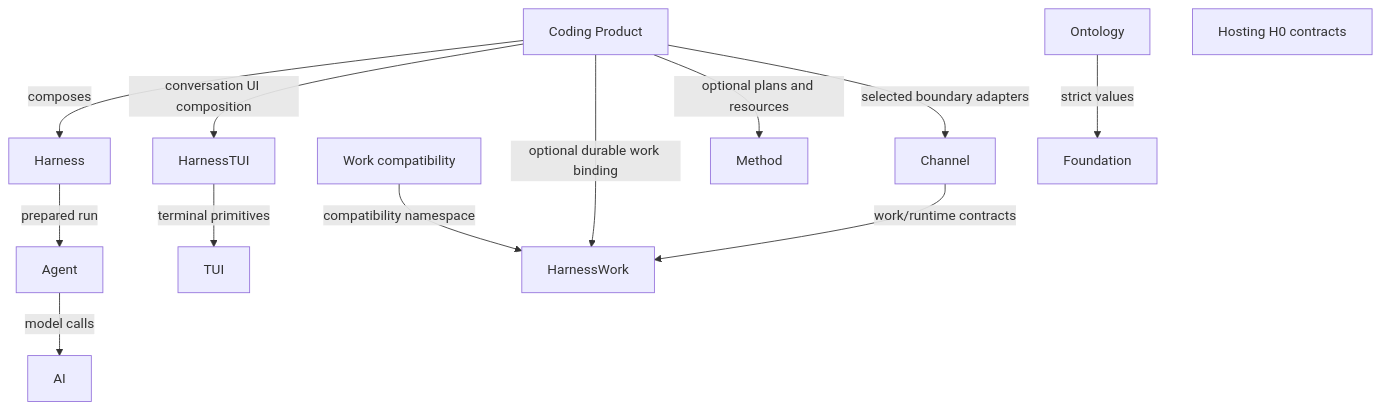
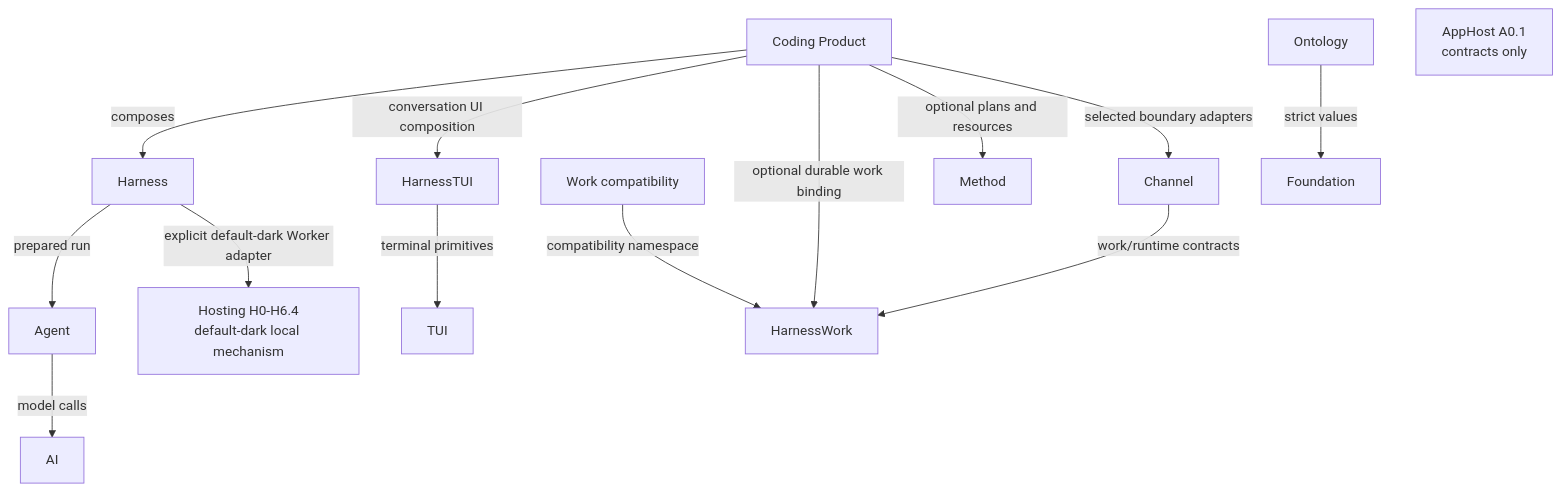
The diagram in docs/internals/architecture/architecture-overview.md (zhnt/loushang), drawn with Mermaid before and after one commit. The commit also changed other lines of this file and 28 other files, not shown here.

````diff
--- a/docs/internals/architecture/architecture-overview.md
+++ b/docs/internals/architecture/architecture-overview.md
@@ -103,28 +105,30 @@
 ```mermaid
 flowchart TD
     CODING["Coding Product"]
     HARNESS["Harness"]
     AGENT["Agent"]
     AI["AI"]
     HTUI["HarnessTUI"]
     TUI["TUI"]
     HWORK["HarnessWork"]
     WORK["Work compatibility"]
     METHOD["Method"]
     CHANNEL["Channel"]
     ONTOLOGY["Ontology"]
-    HOSTING["Hosting H0 contracts"]
+    HOSTING["Hosting H0-H6.4\ndefault-dark local mechanism"]
+    APPHOST["AppHost A0.1\ncontracts only"]
     FOUNDATION["Foundation"]
 
     CODING -->|composes| HARNESS
     HARNESS -->|prepared run| AGENT
     AGENT -->|model calls| AI
     CODING -->|conversation UI composition| HTUI
     HTUI -->|terminal primitives| TUI
     CODING -->|optional durable work binding| HWORK
     WORK -->|compatibility namespace| HWORK
     CODING -->|optional plans and resources| METHOD
     CODING -->|selected boundary adapters| CHANNEL
     CHANNEL -->|work/runtime contracts| HWORK
     ONTOLOGY -->|strict values| FOUNDATION
+    HARNESS -->|explicit default-dark Worker adapter| HOSTING
 ```
````
